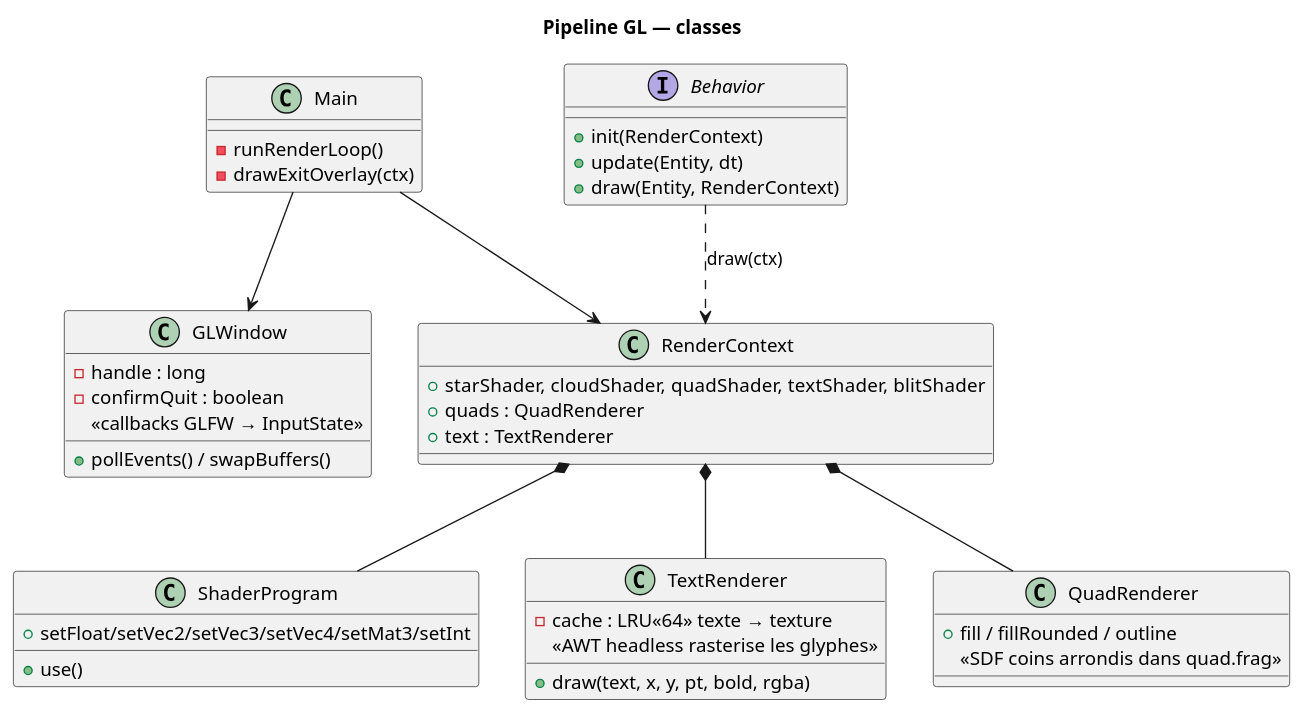
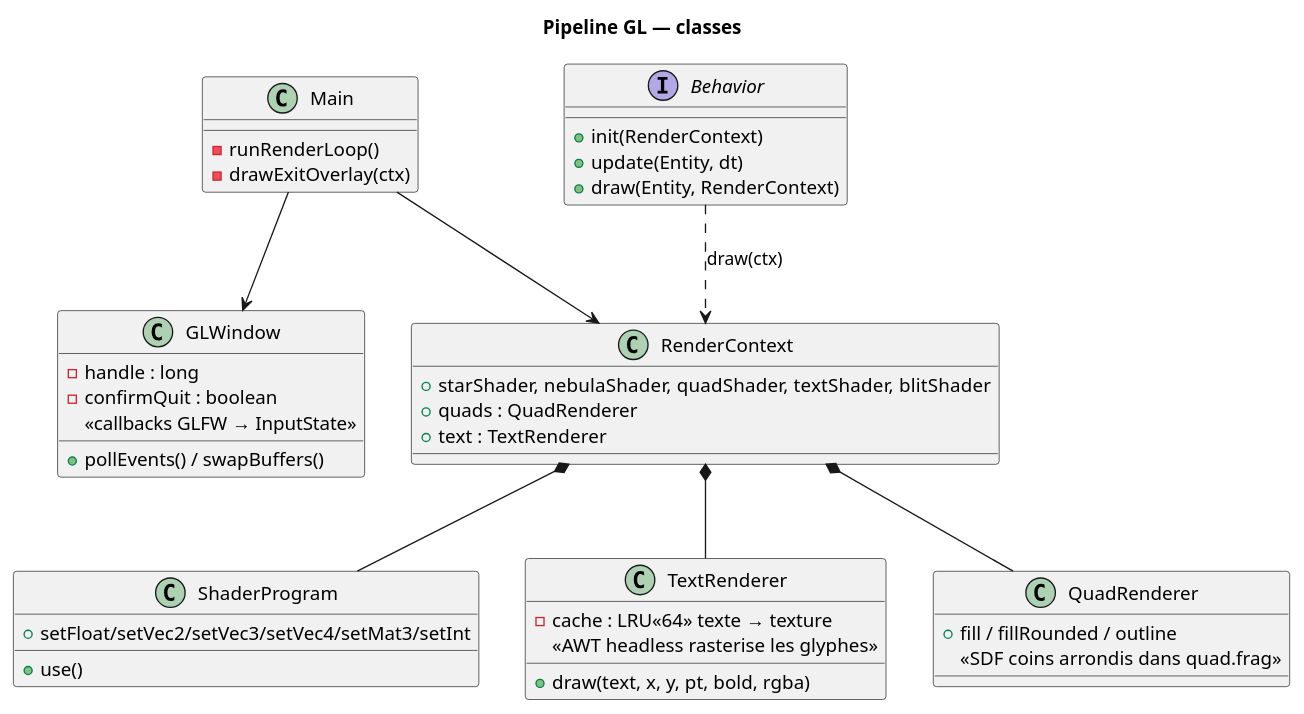
Before and after one commit to mcgivrer/demo001-arm64: the second of 2 diagrams in src/docs/12-opengl-pipeline.md, drawn with PlantUML. The commit also changed other lines of this file and 27 other files, not shown here.

````diff
--- a/src/docs/12-opengl-pipeline.md
+++ b/src/docs/12-opengl-pipeline.md
@@ -124,52 +124,52 @@
 ```plantuml
 @startuml
 title Pipeline GL — classes
 
 class Main {
     - runRenderLoop()
     - drawExitOverlay(ctx)
 }
 
 class GLWindow {
     - handle : long
     - confirmQuit : boolean
     + pollEvents() / swapBuffers()
     «callbacks GLFW → InputState»
 }
 
 class RenderContext {
-    + starShader, cloudShader, quadShader, textShader, blitShader
+    + starShader, nebulaShader, quadShader, textShader, blitShader
     + quads : QuadRenderer
     + text : TextRenderer
 }
 
 class ShaderProgram {
     + use()
     + setFloat/setVec2/setVec3/setVec4/setMat3/setInt
 }
 
 class TextRenderer {
     - cache : LRU«64» texte → texture
     + draw(text, x, y, pt, bold, rgba)
     «AWT headless rasterise les glyphes»
 }
 
 class QuadRenderer {
     + fill / fillRounded / outline
     «SDF coins arrondis dans quad.frag»
 }
 
 interface Behavior {
     + init(RenderContext)
     + update(Entity, dt)
     + draw(Entity, RenderContext)
 }
 
 Main --> GLWindow
 Main --> RenderContext
 RenderContext *-- ShaderProgram
 RenderContext *-- TextRenderer
 RenderContext *-- QuadRenderer
 Behavior ..> RenderContext : draw(ctx)
 @enduml
 ```
````
